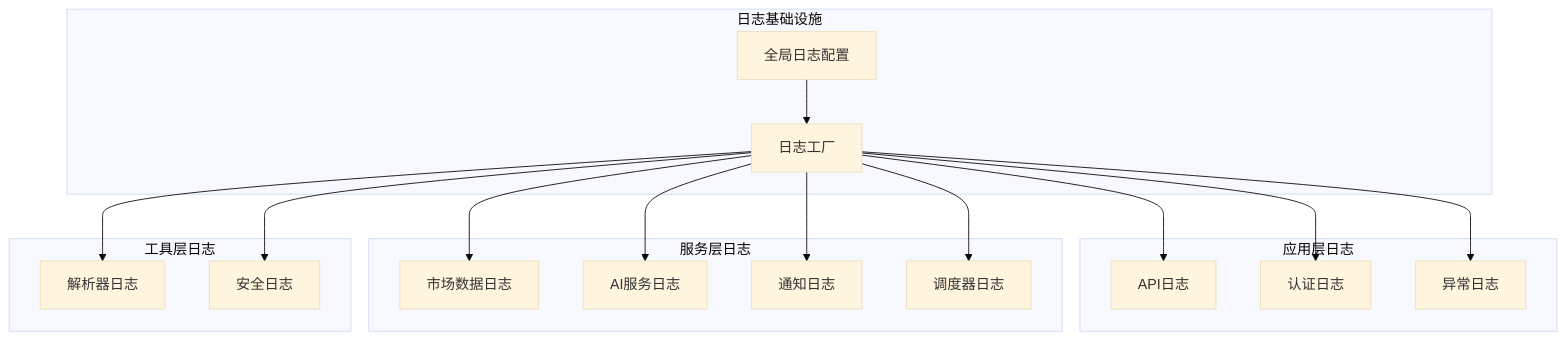
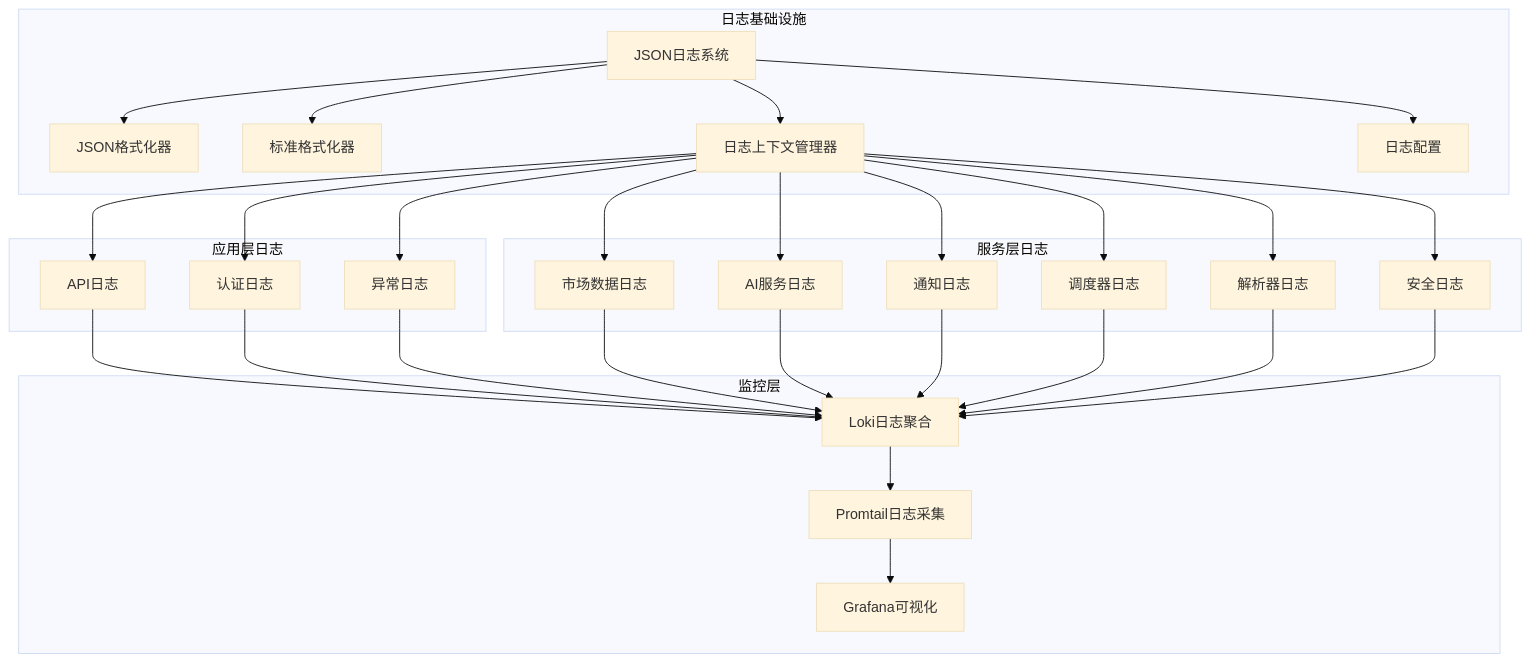
The tenth of 10 diagrams in .qoder/repowiki/zh/content/Debug Logging Enhancement.md (breeze-lyf/ai-stock-advisor), drawn with Mermaid (base theme) before and after one commit. The commit also changed other lines of this file and 43 other files, not shown here.

Commit message:
feat: Enhance AI analysis service, update market data providers, and refactor stock detail UI with new analysis components.

````diff
--- a/.qoder/repowiki/zh/content/Debug Logging Enhancement.md
+++ b/.qoder/repowiki/zh/content/Debug Logging Enhancement.md
@@ -384,32 +436,52 @@
 ```mermaid
 graph TB
 subgraph "日志基础设施"
-GlobalLogger[全局日志配置]
-LoggerFactory[日志工厂]
+JSONLogger[JSON日志系统]
+JSONFormatter[JSON格式化器]
+StandardFormatter[标准格式化器]
+LogContext[日志上下文管理器]
+LogSetup[日志配置]
 end
 subgraph "应用层日志"
 APILogger[API日志]
 AuthLogger[认证日志]
 ExceptionLogger[异常日志]
 end
 subgraph "服务层日志"
 MarketDataLogger[市场数据日志]
 AILogger[AI服务日志]
 NotificationLogger[通知日志]
 SchedulerLogger[调度器日志]
-end
-subgraph "工具层日志"
 ParserLogger[解析器日志]
 SecurityLogger[安全日志]
 end
-GlobalLogger --> LoggerFactory
-LoggerFactory --> APILogger
-LoggerFactory --> AuthLogger
-LoggerFactory --> ExceptionLogger
-LoggerFactory --> MarketDataLogger
-LoggerFactory --> AILogger
-LoggerFactory --> NotificationLogger
-LoggerFactory --> SchedulerLogger
-LoggerFactory --> ParserLogger
-LoggerFactory --> SecurityLogger
+subgraph "监控层"
+Loki[Loki日志聚合]
+Promtail[Promtail日志采集]
+Grafana[Grafana可视化]
+end
+JSONLogger --> JSONFormatter
+JSONLogger --> StandardFormatter
+JSONLogger --> LogContext
+JSONLogger --> LogSetup
+LogContext --> APILogger
+LogContext --> AuthLogger
+LogContext --> ExceptionLogger
+LogContext --> MarketDataLogger
+LogContext --> AILogger
+LogContext --> NotificationLogger
+LogContext --> SchedulerLogger
+LogContext --> ParserLogger
+LogContext --> SecurityLogger
+APILogger --> Loki
+AuthLogger --> Loki
+ExceptionLogger --> Loki
+MarketDataLogger --> Loki
+AILogger --> Loki
+NotificationLogger --> Loki
+SchedulerLogger --> Loki
+ParserLogger --> Loki
+SecurityLogger --> Loki
+Loki --> Promtail
+Promtail --> Grafana
 ```
````
